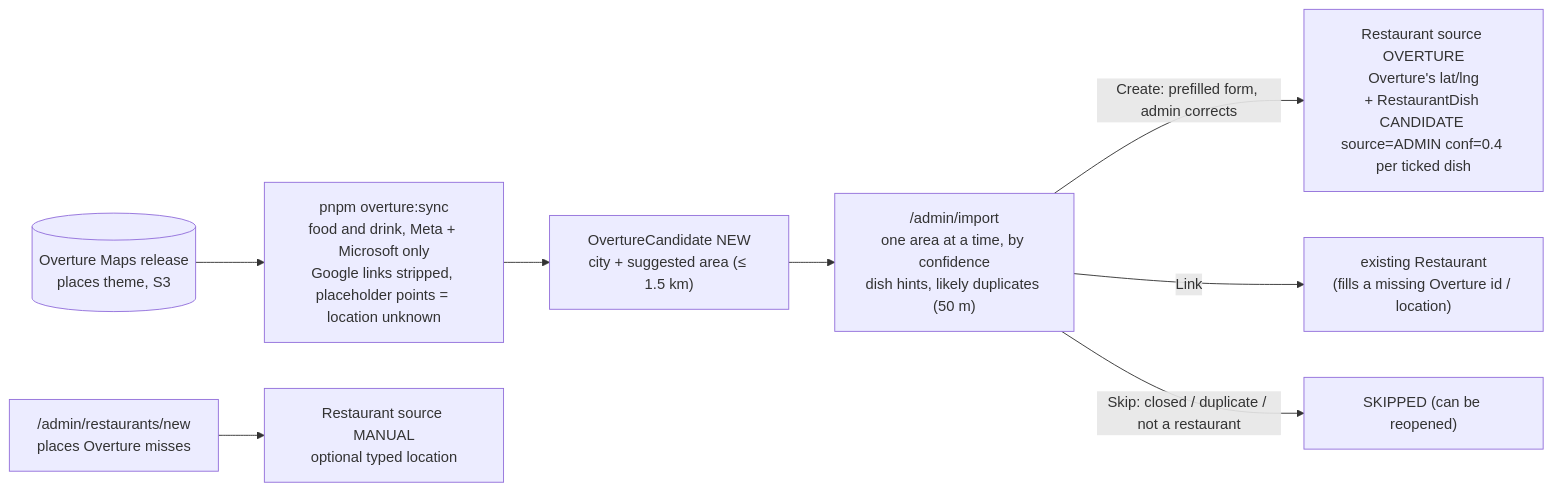
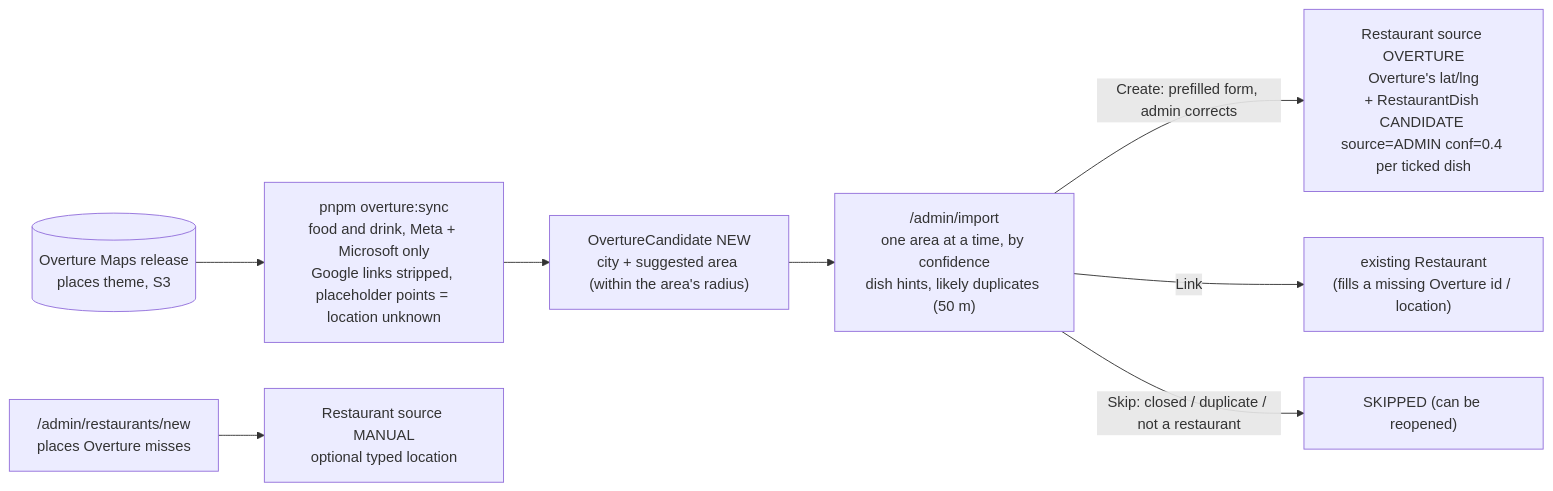
Before and after one commit to JawadSarfraz/dishrank: the fifth of 8 diagrams in docs/02-ARCHITECTURE.md, drawn with Mermaid. The commit also changed 14 other files, not shown here.

First line of the commit message:
feat(overture): refresh unreviewed candidates; each area has its own radius

````diff
--- a/docs/02-ARCHITECTURE.md
+++ b/docs/02-ARCHITECTURE.md
@@ -111,10 +111,10 @@
 ```mermaid
 flowchart LR
   O[("Overture Maps release<br/>places theme, S3")] --> S["pnpm overture:sync<br/>food and drink, Meta + Microsoft only<br/>Google links stripped, placeholder points = location unknown"]
-  S --> C["OvertureCandidate NEW<br/>city + suggested area (≤ 1.5 km)"]
+  S --> C["OvertureCandidate NEW<br/>city + suggested area (within the area's radius)"]
   C --> A["/admin/import<br/>one area at a time, by confidence<br/>dish hints, likely duplicates (50 m)"]
   A -->|Create: prefilled form, admin corrects| R["Restaurant source OVERTURE<br/>Overture's lat/lng<br/>+ RestaurantDish CANDIDATE source=ADMIN conf=0.4 per ticked dish"]
   A -->|Link| L["existing Restaurant<br/>(fills a missing Overture id / location)"]
   A -->|Skip: closed / duplicate / not a restaurant| K["SKIPPED (can be reopened)"]
   M["/admin/restaurants/new<br/>places Overture misses"] --> R2["Restaurant source MANUAL<br/>optional typed location"]
 ```
````
